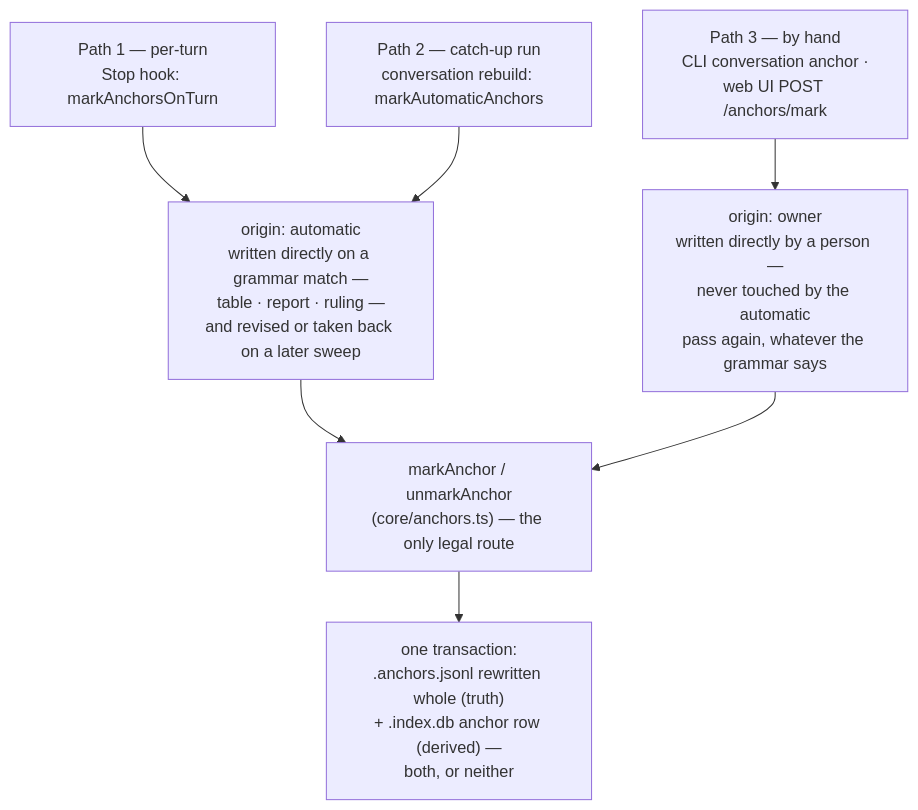
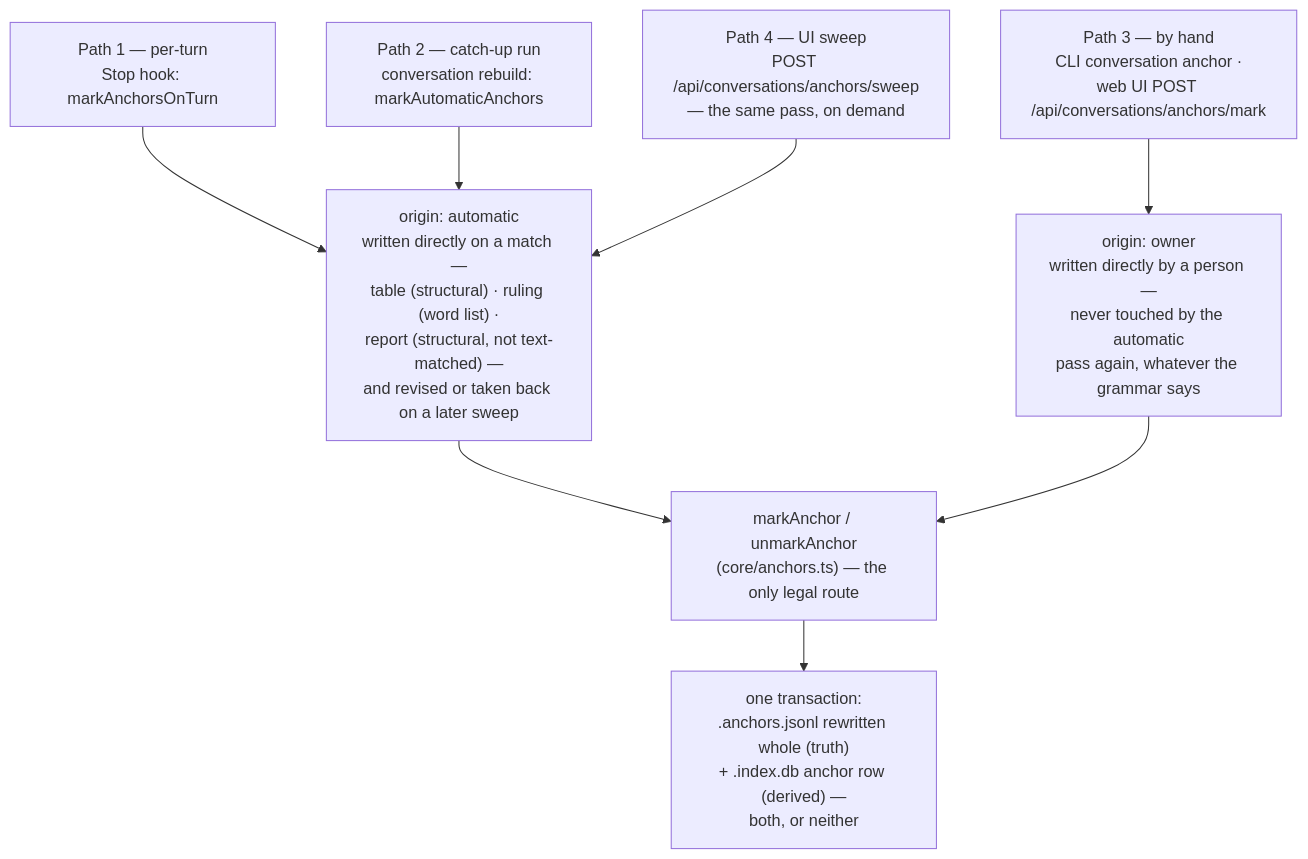
Before and after one commit to Dudi-Bar-On/my-context: the diagram in docs/capabilities/05-anchors.md, drawn with Mermaid. The commit also changed 24 other files, not shown here.

First line of the commit message:
the fence that had been shipping as a mermaid error box, and twenty-seven claims that were only wrong

````diff
--- a/docs/capabilities/05-anchors.md
+++ b/docs/capabilities/05-anchors.md
@@ -355,9 +355,10 @@
 ```mermaid
 flowchart TD
   P1["Path 1 — per-turn<br/>Stop hook: markAnchorsOnTurn"] --> AUTO
-  P2["Path 2 — catch-up run<br/>conversation rebuild: markAutomaticAnchors"] --> AUTO["origin: automatic<br/>written directly on a grammar match —<br/>table · report · ruling —<br/>and revised or taken back on a later sweep"]
-  P3["Path 3 — by hand<br/>CLI conversation anchor ·<br/>web UI POST /anchors/mark"] --> OWNER["origin: owner<br/>written directly by a person —<br/>never touched by the automatic<br/>pass again, whatever the grammar says"]
+  P2["Path 2 — catch-up run<br/>conversation rebuild: markAutomaticAnchors"] --> AUTO
+  P4["Path 4 — UI sweep<br/>POST /api/conversations/anchors/sweep<br/>— the same pass, on demand"] --> AUTO["origin: automatic<br/>written directly on a match —<br/>table (structural) · ruling (word list) ·<br/>report (structural, not text-matched) —<br/>and revised or taken back on a later sweep"]
+  P3["Path 3 — by hand<br/>CLI conversation anchor ·<br/>web UI POST /api/conversations/anchors/mark"] --> OWNER["origin: owner<br/>written directly by a person —<br/>never touched by the automatic<br/>pass again, whatever the grammar says"]
   AUTO --> MARK["markAnchor / unmarkAnchor<br/>(core/anchors.ts) — the only legal route"]
   OWNER --> MARK
   MARK --> TXN["one transaction:<br/>.anchors.jsonl rewritten whole (truth)<br/>+ .index.db anchor row (derived) —<br/>both, or neither"]
 ```
````
